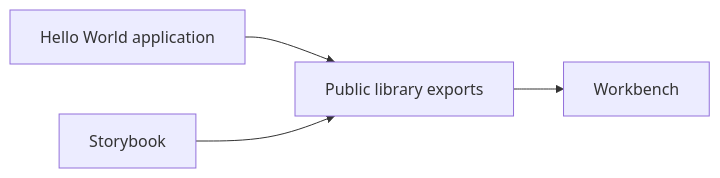
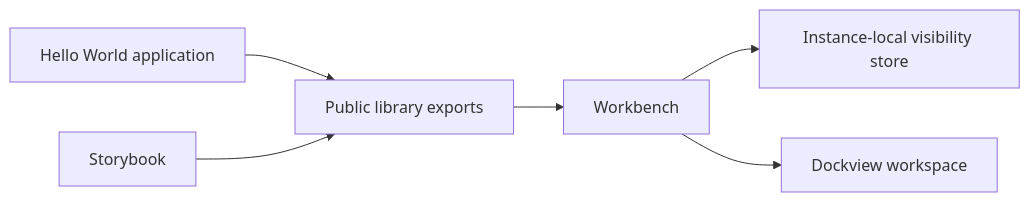
One commit to YannCaron/dash-lab changed the diagram in docs/architecture.md. Above: the diagram before and after it, drawn with Mermaid. The commit also changed other lines of this file and 19 other files, not shown here.

````diff
--- a/docs/architecture.md
+++ b/docs/architecture.md
@@ -5,6 +5,8 @@
 ```mermaid
 flowchart LR
   Demo[Hello World application] --> API[Public library exports]
   Stories[Storybook] --> API
   API --> Layout[Workbench]
+  Layout --> Visibility[Instance-local visibility store]
+  Layout --> Docking[Dockview workspace]
 ```
````
